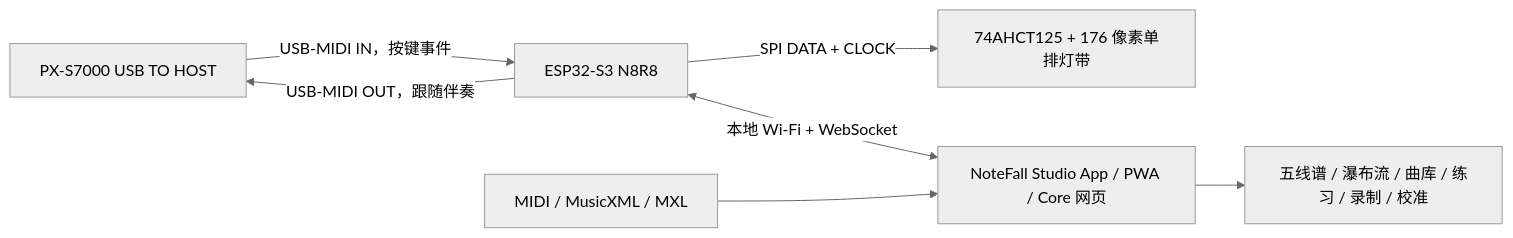
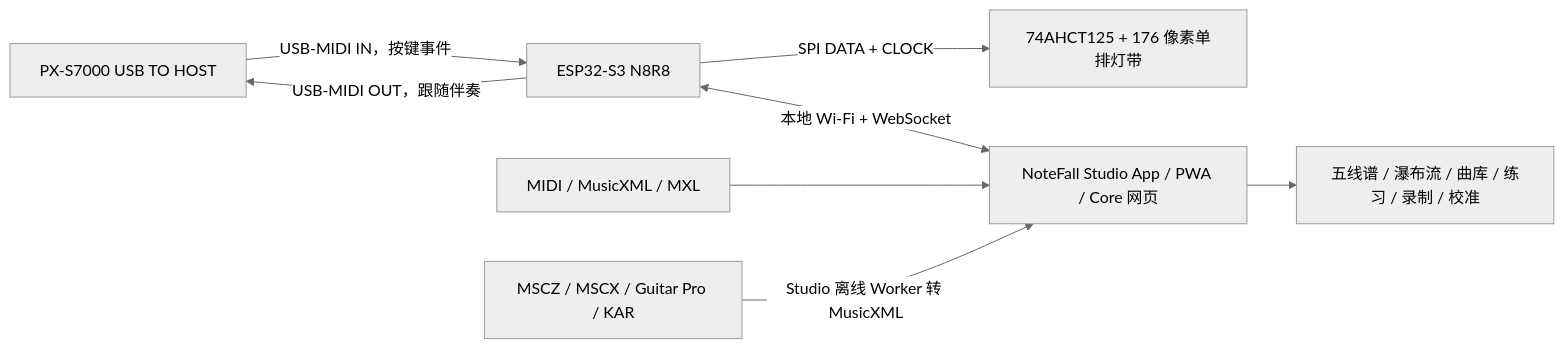
Before and after one commit to cheguevara-great-man/notefall88-px-s7000: the diagram in docs/architecture.md, drawn with Mermaid (neutral theme). The commit also changed other lines of this file and 33 other files, not shown here.

````diff
--- a/docs/architecture.md
+++ b/docs/architecture.md
@@ -7,9 +7,10 @@
 ```mermaid
 flowchart LR
   P["PX-S7000 USB TO HOST"] -->|"USB-MIDI IN，按键事件"| E["ESP32-S3 N8R8"]
   E -->|"USB-MIDI OUT，跟随伴奏"| P
   E -->|"SPI DATA + CLOCK"| L["74AHCT125 + 176 像素单排灯带"]
   E <-->|"本地 Wi-Fi + WebSocket"| W["NoteFall Studio App / PWA / Core 网页"]
   F["MIDI / MusicXML / MXL"] --> W
+  A["MSCZ / MSCX / Guitar Pro / KAR"] -->|"Studio 离线 Worker 转 MusicXML"| W
   W --> V["五线谱 / 瀑布流 / 曲库 / 练习 / 录制 / 校准"]
 ```
````
